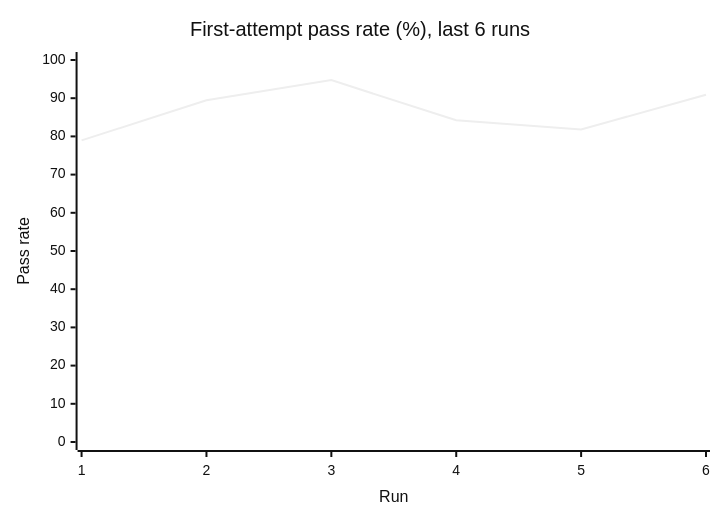
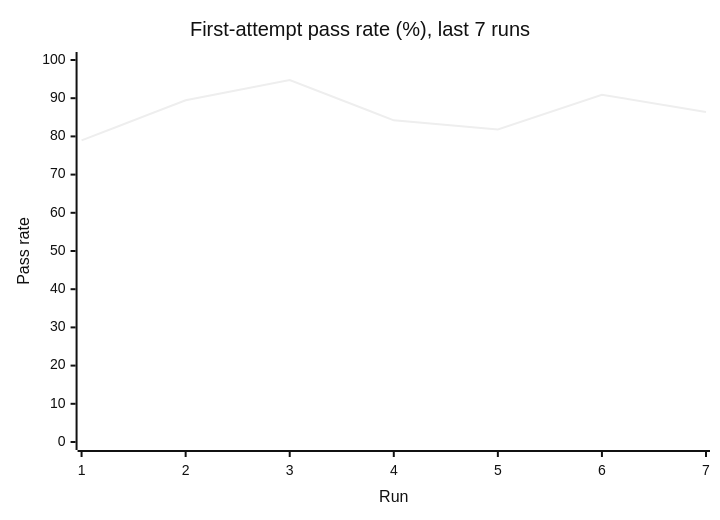
One commit to Shirojoufu/Flaky-Test-Lab changed the first of 3 diagrams in reports/summary.md. Above: the diagram before and after it, drawn with Mermaid (neutral theme). The commit also changed other lines of this file and 7 other files, not shown here.

````diff
--- a/reports/summary.md
+++ b/reports/summary.md
@@ -42,7 +43,7 @@
 ```mermaid
 xychart-beta
-    title "First-attempt pass rate (%), last 6 runs"
-    x-axis "Run" [1, 2, 3, 4, 5, 6]
+    title "First-attempt pass rate (%), last 7 runs"
+    x-axis "Run" [1, 2, 3, 4, 5, 6, 7]
     y-axis "Pass rate" 0 --> 100
-    line [78.95, 89.47, 94.74, 84.21, 81.82, 90.91]
+    line [78.95, 89.47, 94.74, 84.21, 81.82, 90.91, 86.36]
 ```
````
